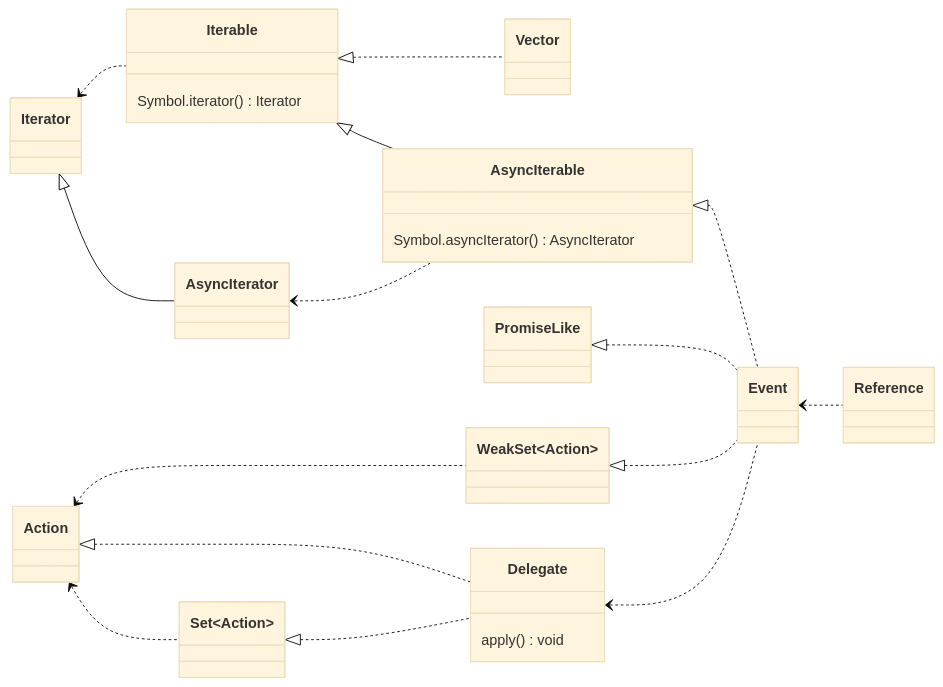
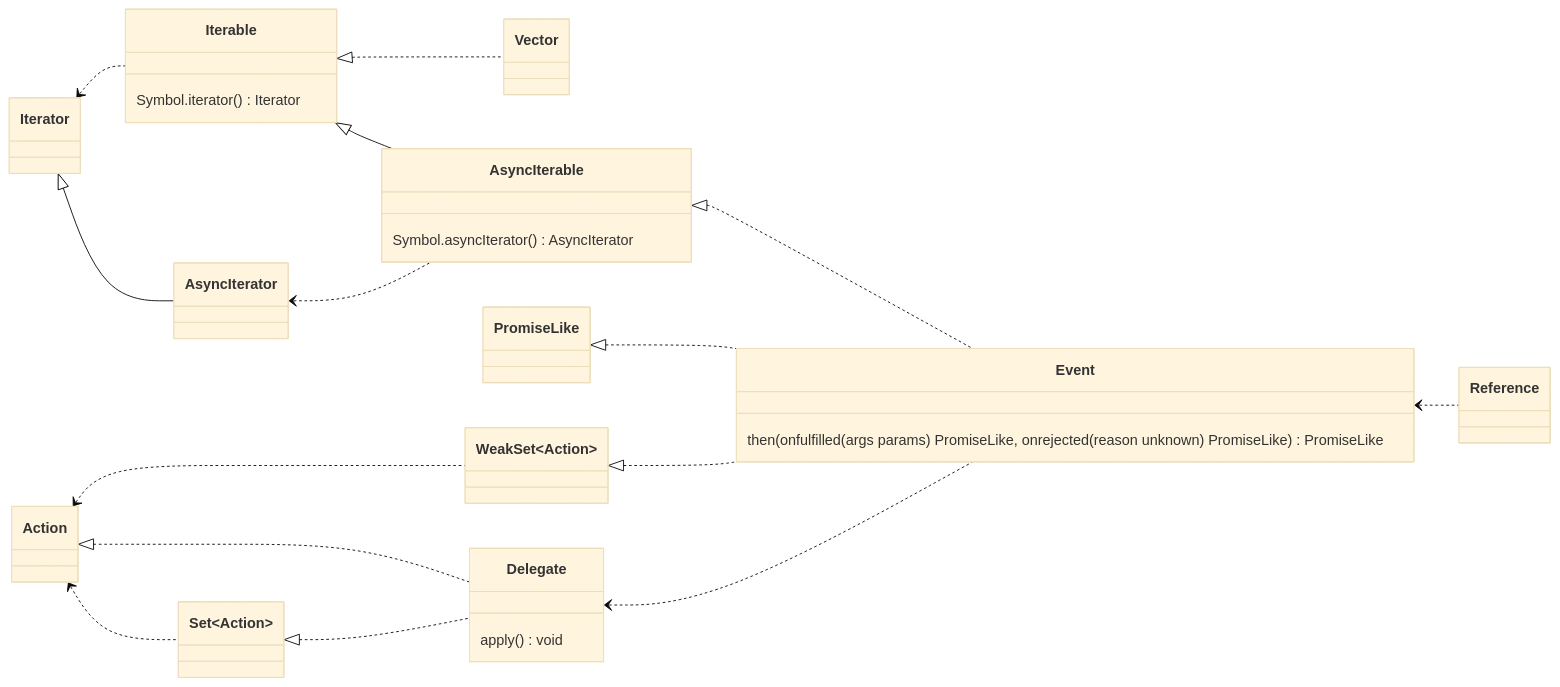
One commit to domrally/peekeasy changed the fourth of 4 diagrams in README.md. Above: the diagram before and after it, drawn with Mermaid (base theme).

````diff
--- a/README.md
+++ b/README.md
@@ -204,33 +204,34 @@
 ```mermaid
 classDiagram
     direction LR
     Iterable <|.. Vector
     Iterable <|-- AsyncIterable
     Iterator <|-- AsyncIterator
-	 Iterator <.. Iterable
-	 AsyncIterator <.. AsyncIterable
+    Iterator <.. Iterable
+    AsyncIterator <.. AsyncIterable
     AsyncIterable <|.. Event
     PromiseLike <|.. Event
     WeakSet~Action~ <|.. Event
     Action <.. WeakSet~Action~
     Action <.. Set~Action~
     Action <|.. Delegate
     Set~Action~ <|.. Delegate
     Delegate <.. Event
     Event <.. Reference
     class AsyncIterable {
         Symbol.asyncIterator() AsyncIterator
     }
     class Iterable {
         Symbol.iterator() Iterator
     }
     class Delegate {
-
         apply() void
     }
     link Delegate "https://github.com/domrally/peekeasy/blob/main/src/delegate.ts" "delegate.ts"
-    class Event
+    class Event {
+        then(onfulfilled(args params) PromiseLike, onrejected(reason unknown) PromiseLike) PromiseLike
+    }
     link Event "https://github.com/domrally/peekeasy/blob/main/src/event.ts" "event.ts"
     class Vector
     link Vector "https://github.com/domrally/peekeasy/blob/main/src/vector.ts" "vector.ts"
 ```
````
